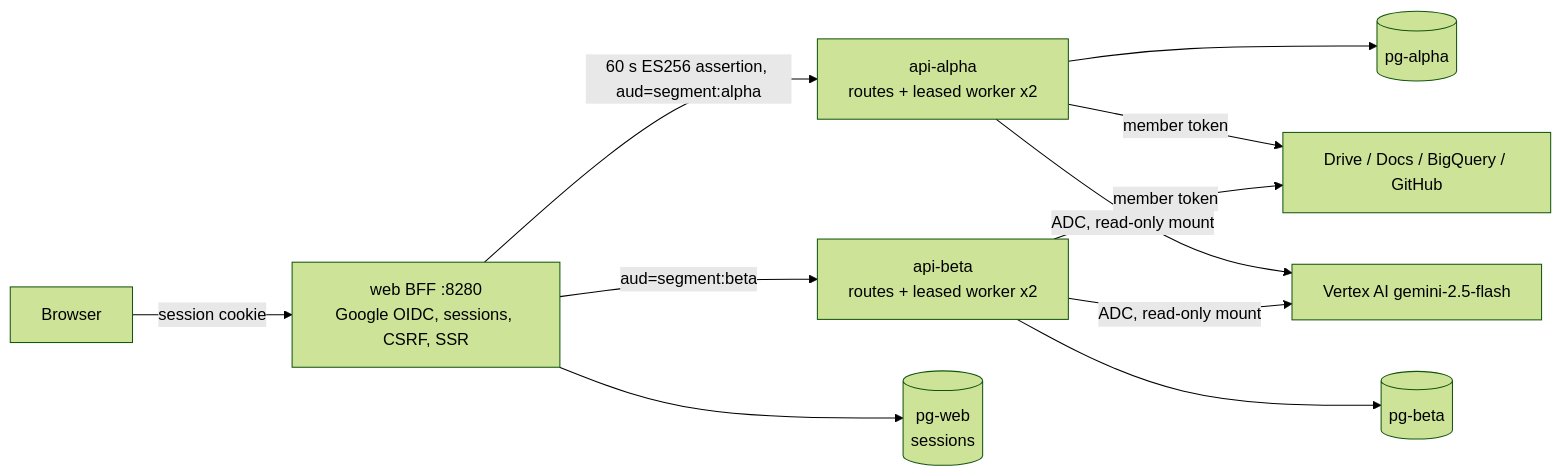
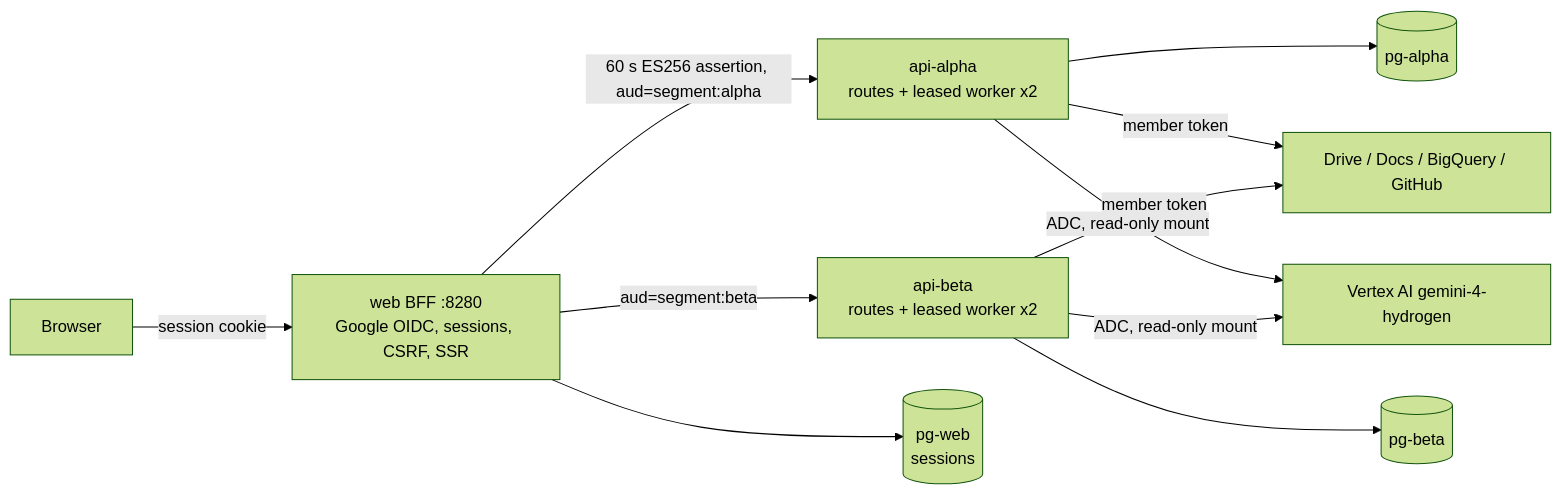
Before and after one commit to yu-iskw/agent-works: the diagram in docs/m1/README.md, drawn with Mermaid (forest theme). The commit also changed other lines of this file and 18 other files, not shown here.

Commit message:
feat(api): accept adr-0008 and default vertex to global gemini-4-hydrogen (#205)

````diff
--- a/docs/m1/README.md
+++ b/docs/m1/README.md
@@ -49,11 +49,11 @@
 ```mermaid
 flowchart LR
   B[Browser] -->|session cookie| WEB[web BFF :8280<br/>Google OIDC, sessions, CSRF, SSR]
   WEB -->|60 s ES256 assertion, aud=segment:alpha| A[api-alpha<br/>routes + leased worker x2]
   WEB -->|aud=segment:beta| BB[api-beta<br/>routes + leased worker x2]
   A --> PA[(pg-alpha)]
   BB --> PB[(pg-beta)]
   WEB --> PW[(pg-web<br/>sessions)]
   A & BB -->|member token| SRC[Drive / Docs / BigQuery / GitHub]
-  A & BB -->|ADC, read-only mount| VX[Vertex AI gemini-2.5-flash]
+  A & BB -->|ADC, read-only mount| VX[Vertex AI gemini-4-hydrogen]
 ```
````
